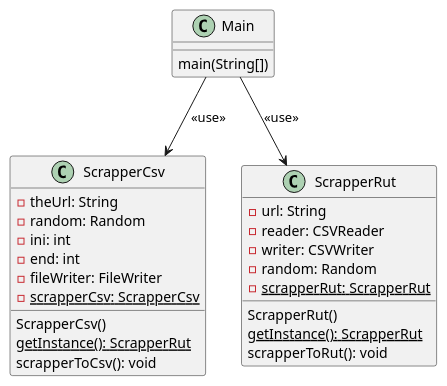
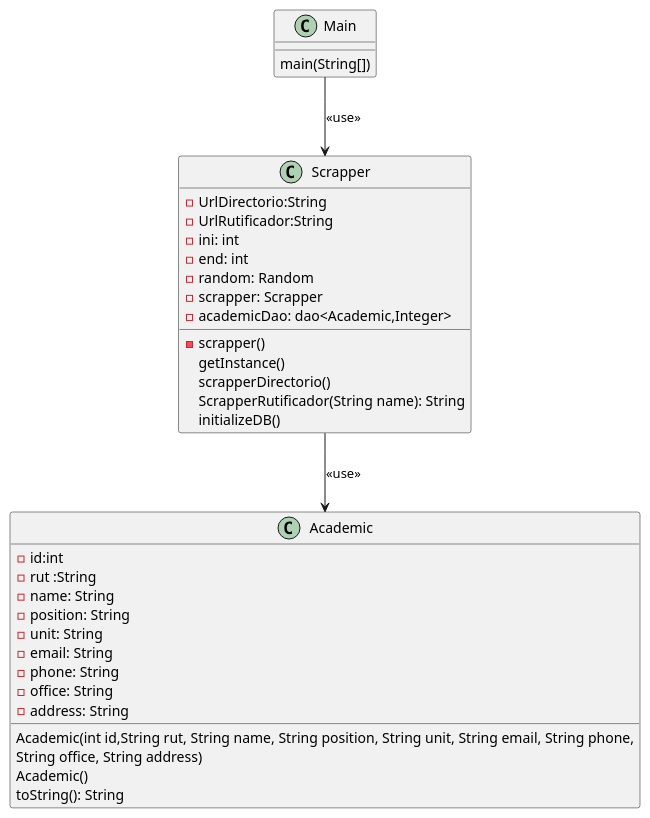
Before and after one commit to edoxazul/parkingUCN: the diagram in agenda-scrapper/README.md, drawn with PlantUML. The commit also changed 8 other files, not shown here.

```diff
--- a/agenda-scrapper/README.md
+++ b/agenda-scrapper/README.md
@@ -20,34 +20,40 @@
 @startuml
 class Main{
     main(String[])
 }
 
-class ScrapperCsv{
-    - theUrl: String
-    - random: Random  
+class Scrapper {
+    - UrlDirectorio:String
+    - UrlRutificador:String
     - ini: int
     - end: int
-    - fileWriter: FileWriter
-    {static} - scrapperCsv: ScrapperCsv 
+    - random: Random
+    - scrapper: Scrapper
+    - academicDao: dao<Academic,Integer>
     
-    ScrapperCsv()
-    {static} getInstance(): ScrapperRut
-    scrapperToCsv(): void
+    - scrapper()
+    getInstance()
+    scrapperDirectorio()
+    ScrapperRutificador(String name): String
+    initializeDB()
 }
 
-class ScrapperRut {
-    - url: String
-    - reader: CSVReader
-    - writer: CSVWriter
-    - random: Random
-    {static} - scrapperRut: ScrapperRut
-    
-    ScrapperRut()
-    {static} getInstance(): ScrapperRut
-    scrapperToRut(): void 
-    
+class Academic{
+    - id:int 
+    - rut :String 
+    - name: String 
+    - position: String 
+    - unit: String 
+    - email: String 
+    - phone: String 
+    - office: String 
+    - address: String 
+    Academic(int id,String rut, String name, String position, String unit, String email, String phone,
+                      String office, String address)
+    Academic()
+    toString(): String
 }
 
-Main --> ScrapperCsv : <<use>>
-Main --> ScrapperRut : <<use>>
+Main --> Scrapper : <<use>>
+Scrapper --> Academic :<<use>>
 @enduml
```
